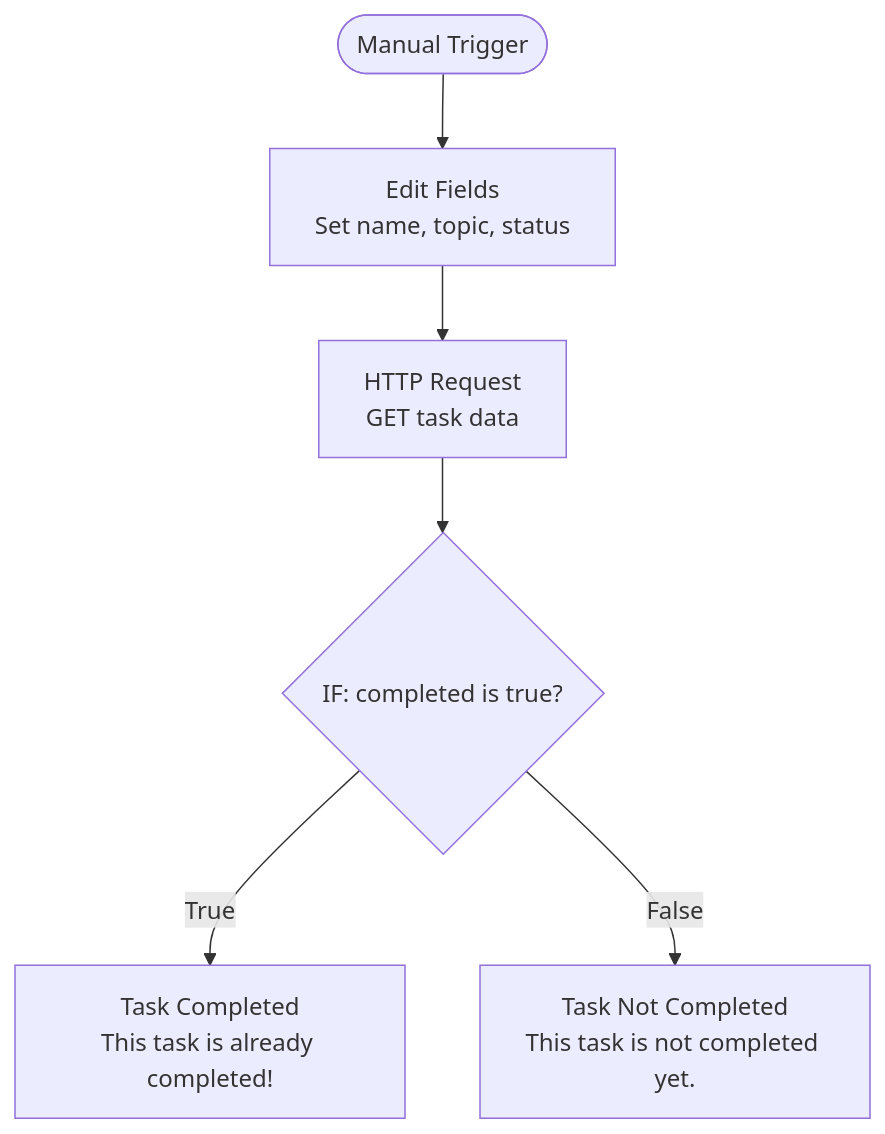
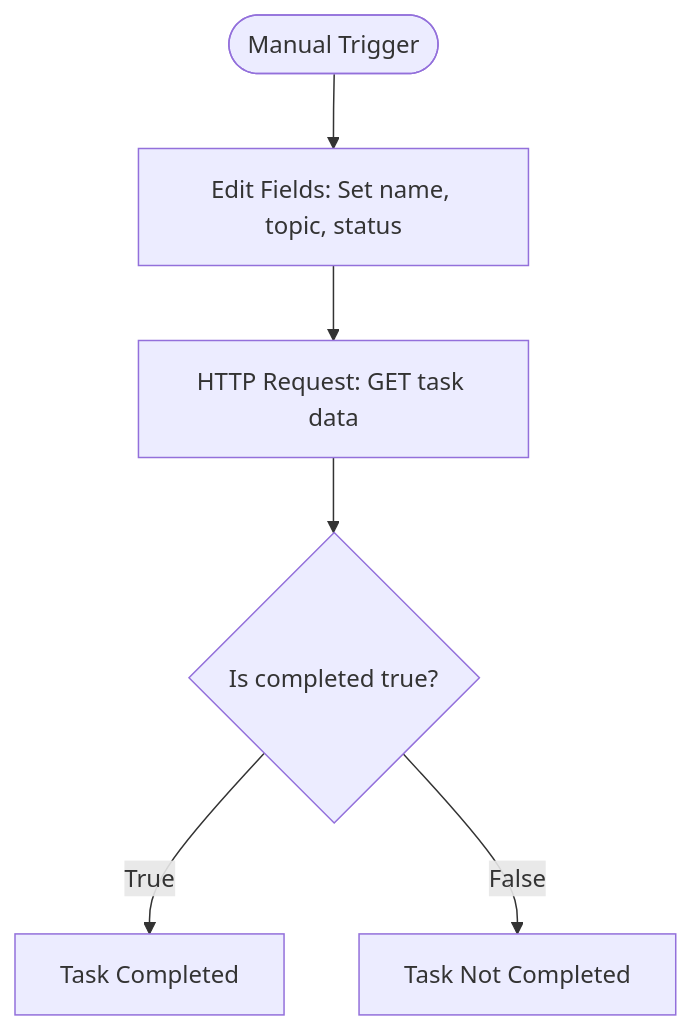
The diagram in README.md (Soumyajit-Paramanick/my-first-n8n-project), drawn with Mermaid before and after one commit.

Commit message:
Update README documentation and diagram

````diff
--- a/README.md
+++ b/README.md
@@ -15,8 +15,8 @@
 ```mermaid
 flowchart TD
-    A([Manual Trigger]) --> B[Edit Fields<br/>Set name, topic, status]
-    B --> C[HTTP Request<br/>GET task data]
-    C --> D{IF: completed is true?}
-    D -- True --> E[Task Completed<br/>This task is already completed!]
-    D -- False --> F[Task Not Completed<br/>This task is not completed yet.]
+    A(["Manual Trigger"]) --> B["Edit Fields: Set name, topic, status"]
+    B --> C["HTTP Request: GET task data"]
+    C --> D{"Is completed true?"}
+    D -- "True" --> E["Task Completed"]
+    D -- "False" --> F["Task Not Completed"]
 ```
````
